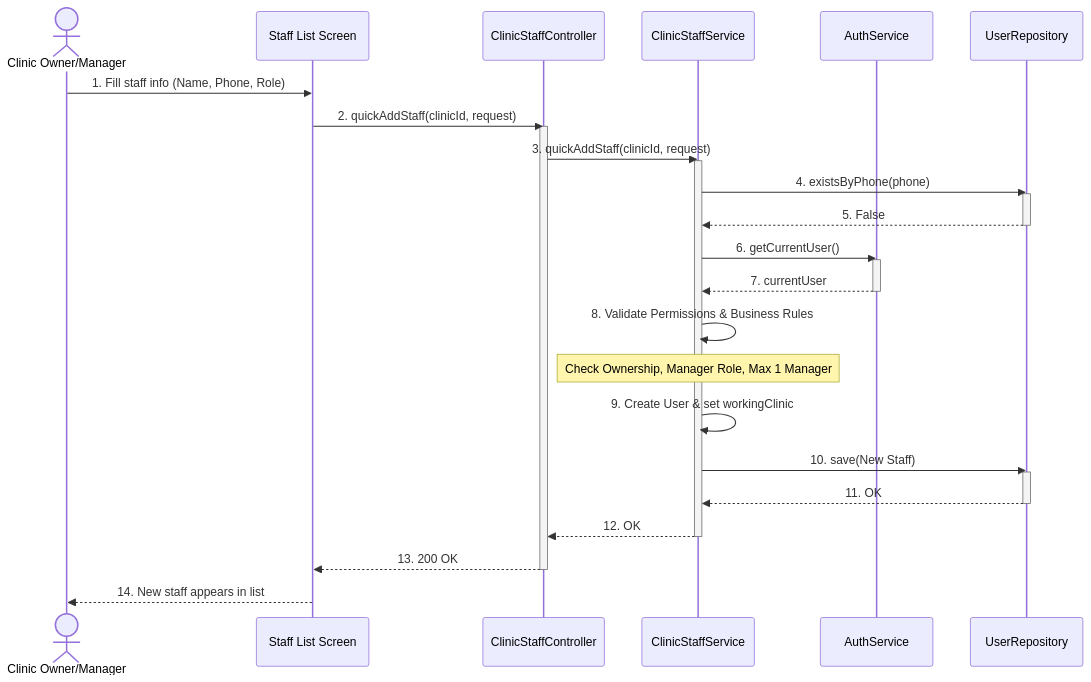
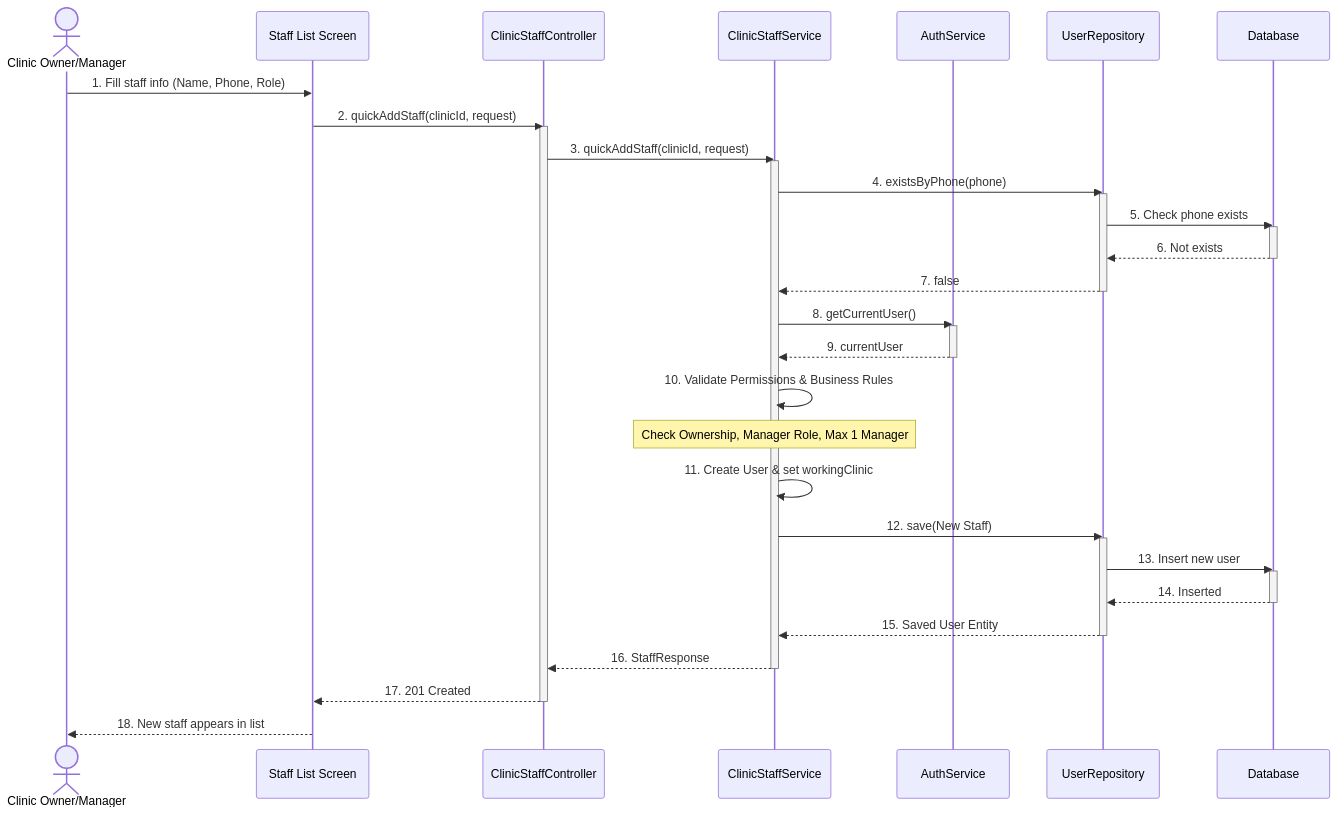
One commit to espresso23/Petties-Veterinary-Appointment-Booking-Platform changed diagram 16 of 42 in docs-references/documentation/SDD/REPORT_4_SDD_SYSTEM_DESIGN.md. Above: the diagram before and after it, drawn with Mermaid. The commit also changed other lines of this file and 15 other files, not shown here.

````diff
--- a/docs-references/documentation/SDD/REPORT_4_SDD_SYSTEM_DESIGN.md
+++ b/docs-references/documentation/SDD/REPORT_4_SDD_SYSTEM_DESIGN.md
@@ -1396,38 +1613,44 @@
 ```mermaid
 sequenceDiagram
     actor O as Clinic Owner/Manager
     participant UI as Staff List Screen
     participant SC as ClinicStaffController
     participant SS as ClinicStaffService
     participant AS as AuthService
     participant UR as UserRepository
-    participant SS as ClinicStaffService
-    participant AS as AuthService
-    participant UR as UserRepository
+    participant DB as Database
 
     O->>UI: 1. Fill staff info (Name, Phone, Role)
     UI->>SC: 2. quickAddStaff(clinicId, request)
     activate SC
     SC->>SS: 3. quickAddStaff(clinicId, request)
     activate SS
     SS->>UR: 4. existsByPhone(phone)
     activate UR
-    UR-->>SS: 5. False
+    UR->>DB: 5. Check phone exists
+    activate DB
+    DB-->>UR: 6. Not exists
+    deactivate DB
+    UR-->>SS: 7. false
     deactivate UR
-    SS->>AS: 6. getCurrentUser()
+    SS->>AS: 8. getCurrentUser()
     activate AS
-    AS-->>SS: 7. currentUser
+    AS-->>SS: 9. currentUser
     deactivate AS
-    SS->>SS: 8. Validate Permissions & Business Rules
+    SS->>SS: 10. Validate Permissions & Business Rules
     Note over SS: Check Ownership, Manager Role, Max 1 Manager
-    SS->>SS: 9. Create User & set workingClinic
-    SS->>UR: 10. save(New Staff)
+    SS->>SS: 11. Create User & set workingClinic
+    SS->>UR: 12. save(New Staff)
     activate UR
-    UR-->>SS: 11. OK
+    UR->>DB: 13. Insert new user
+    activate DB
+    DB-->>UR: 14. Inserted
+    deactivate DB
+    UR-->>SS: 15. Saved User Entity
     deactivate UR
-    SS-->>SC: 12. OK
+    SS-->>SC: 16. StaffResponse
     deactivate SS
-    SC-->>UI: 13. 200 OK
+    SC-->>UI: 17. 201 Created
     deactivate SC
-    UI-->>O: 14. New staff appears in list
+    UI-->>O: 18. New staff appears in list
 ```
````
